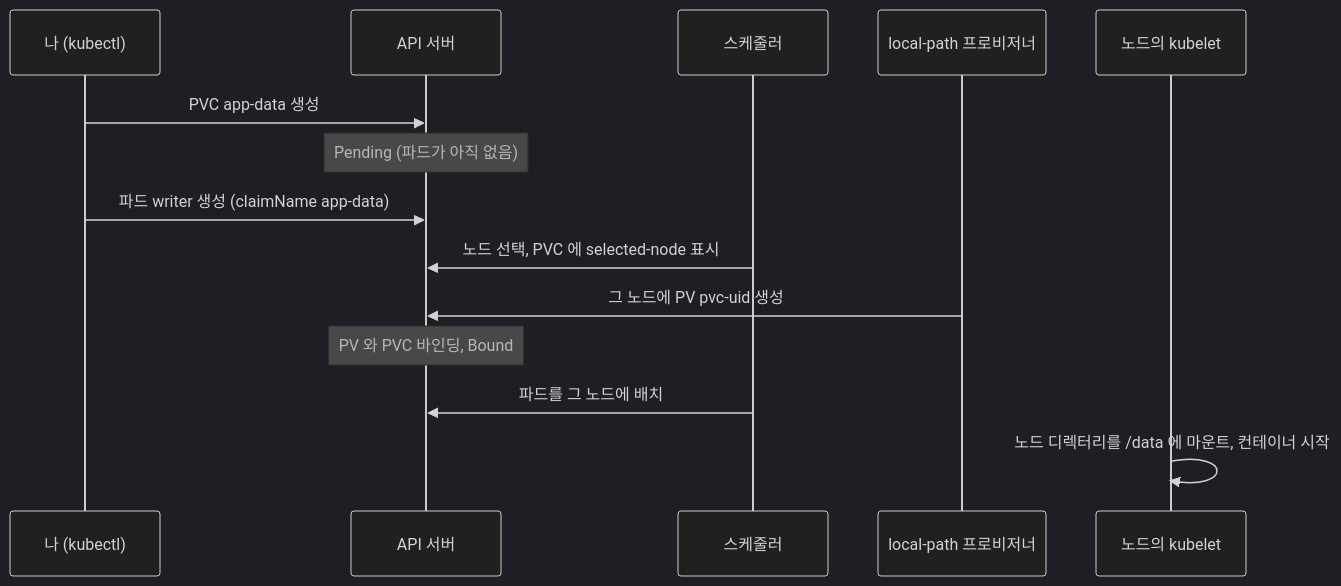
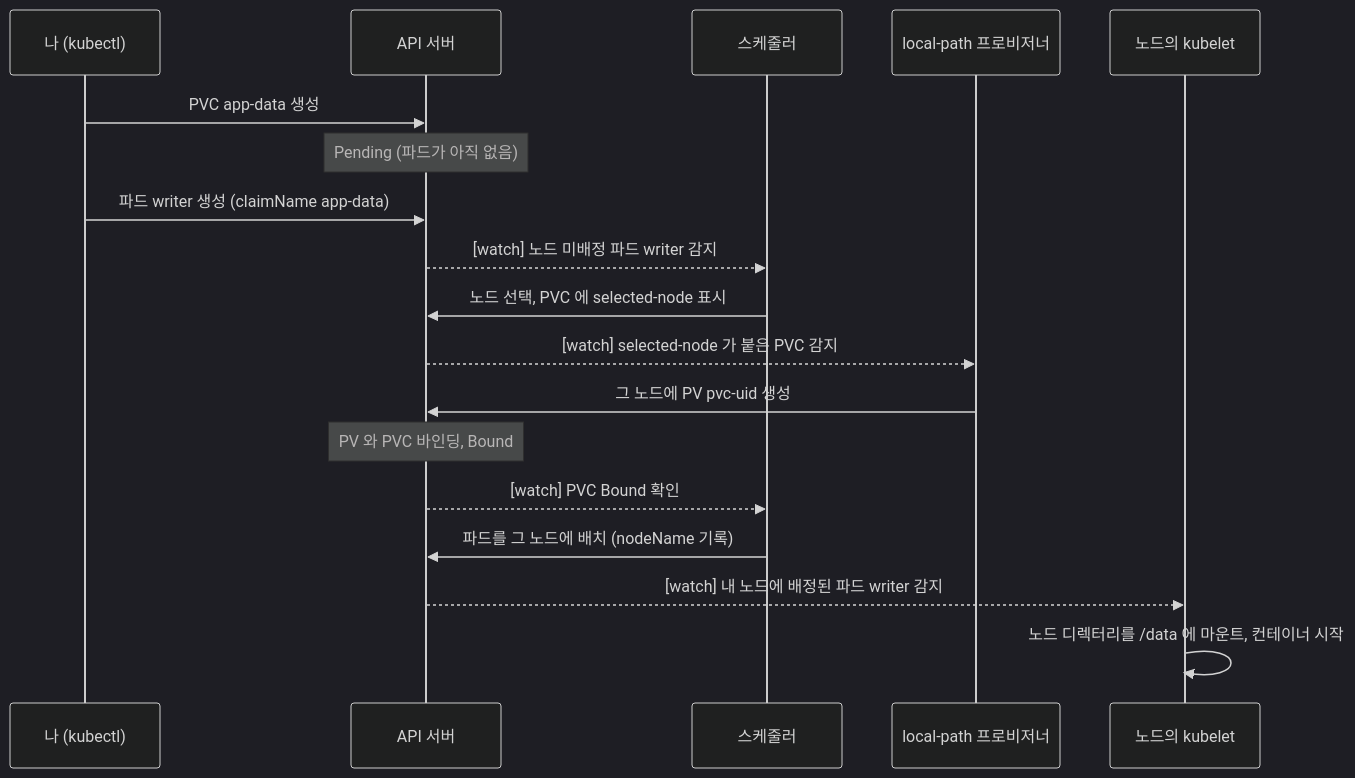
The diagram in mock_exam_d/q12_pvc_pod_mount/solution.md (widefoot1975/CKA), drawn with Mermaid (dark theme) before and after one commit. The commit also changed other lines of this file, not shown here.

Commit message:
D12 solution: show watch triggers in WaitForFirstConsumer diagram

````diff
--- a/mock_exam_d/q12_pvc_pod_mount/solution.md
+++ b/mock_exam_d/q12_pvc_pod_mount/solution.md
@@ -86,16 +86,20 @@
 ```mermaid
 sequenceDiagram
     participant U as 나 (kubectl)
     participant API as API 서버
     participant S as 스케줄러
     participant P as local-path 프로비저너
     participant K as 노드의 kubelet
     U->>API: PVC app-data 생성
     Note over API: Pending (파드가 아직 없음)
     U->>API: 파드 writer 생성 (claimName app-data)
+    API-->>S: [watch] 노드 미배정 파드 writer 감지
     S->>API: 노드 선택, PVC 에 selected-node 표시
+    API-->>P: [watch] selected-node 가 붙은 PVC 감지
     P->>API: 그 노드에 PV pvc-uid 생성
     Note over API: PV 와 PVC 바인딩, Bound
-    S->>API: 파드를 그 노드에 배치
+    API-->>S: [watch] PVC Bound 확인
+    S->>API: 파드를 그 노드에 배치 (nodeName 기록)
+    API-->>K: [watch] 내 노드에 배정된 파드 writer 감지
     K->>K: 노드 디렉터리를 /data 에 마운트, 컨테이너 시작
 ```
````
